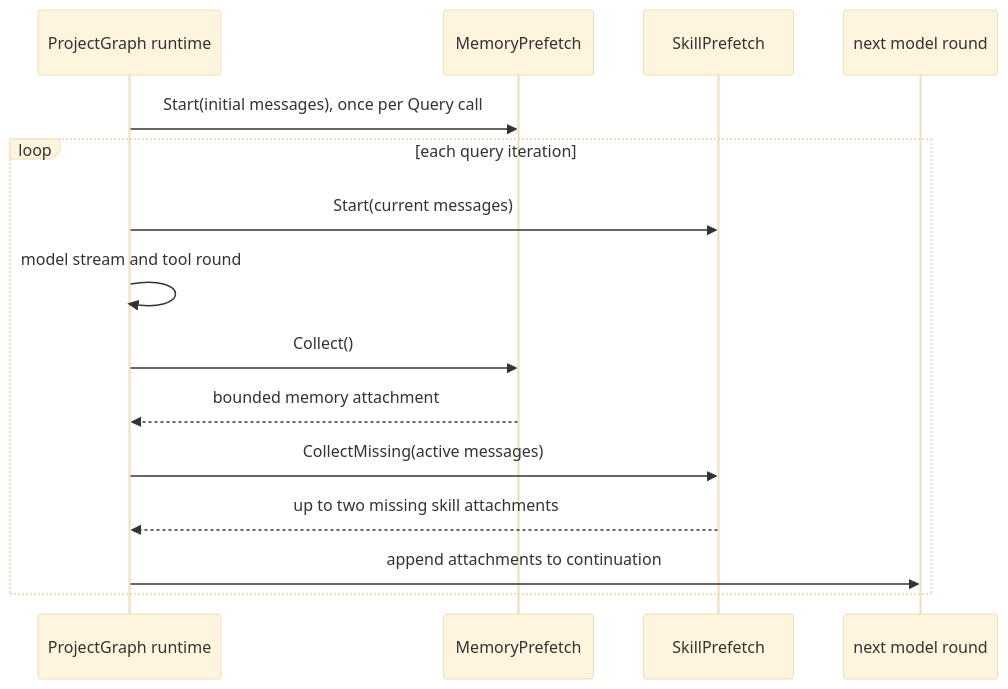
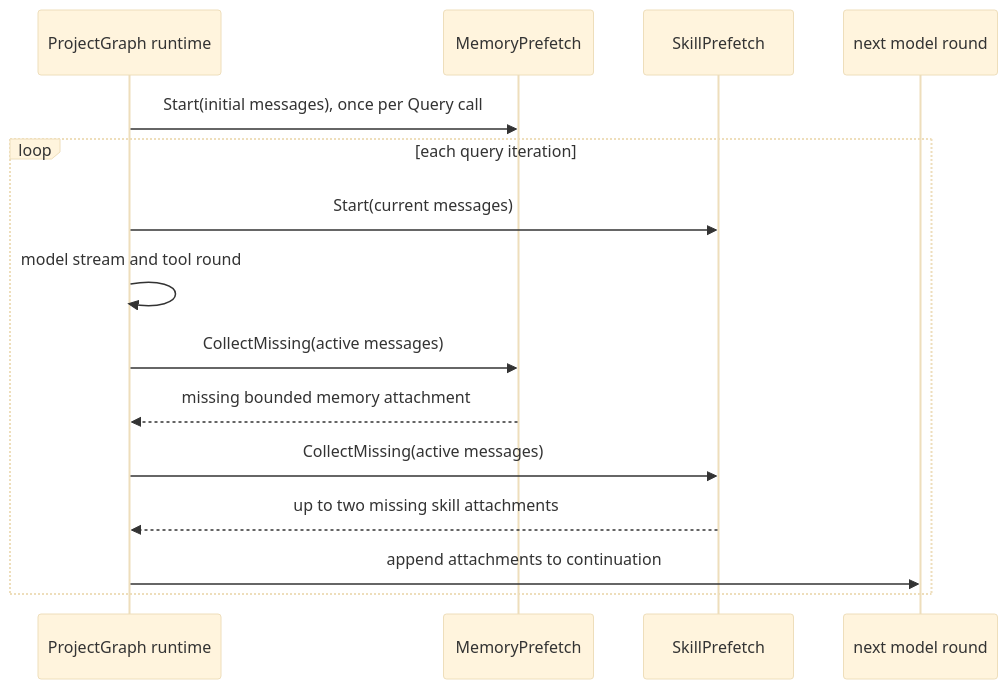
The diagram in docs/architecture/runtime/prefetch.md (abietic/yhc), drawn with Mermaid (base theme) before and after one commit. The commit also changed other lines of this file and 4 other files, not shown here.

````diff
--- a/docs/architecture/runtime/prefetch.md
+++ b/docs/architecture/runtime/prefetch.md
@@ -18,19 +18,19 @@
 ```mermaid
 sequenceDiagram
     accTitle: Canonical prefetch timing
     accDescr: Memory starts once per query and skills start per Graph iteration; both may attach bounded context only to a later model round.
     participant Q as ProjectGraph runtime
     participant M as MemoryPrefetch
     participant S as SkillPrefetch
     participant R as next model round
     Q->>M: Start(initial messages), once per Query call
     loop each query iteration
         Q->>S: Start(current messages)
         Q->>Q: model stream and tool round
-        Q->>M: Collect()
-        M-->>Q: bounded memory attachment
+        Q->>M: CollectMissing(active messages)
+        M-->>Q: missing bounded memory attachment
         Q->>S: CollectMissing(active messages)
         S-->>Q: up to two missing skill attachments
         Q->>R: append attachments to continuation
     end
 ```
````
